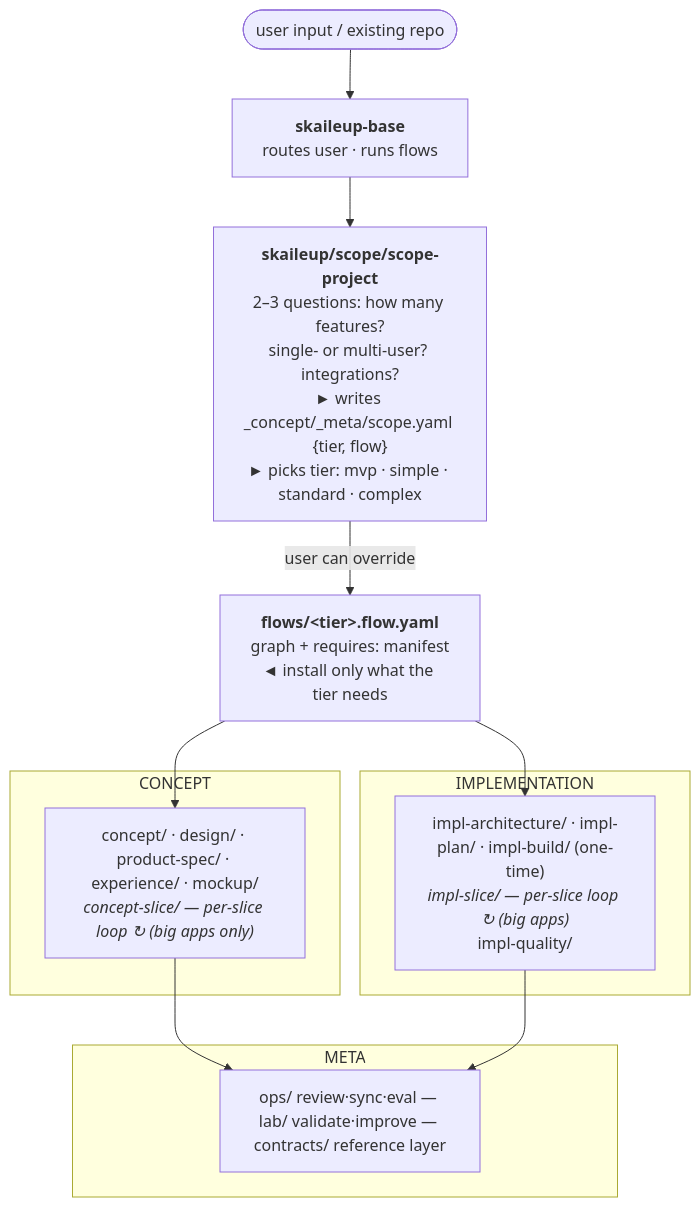
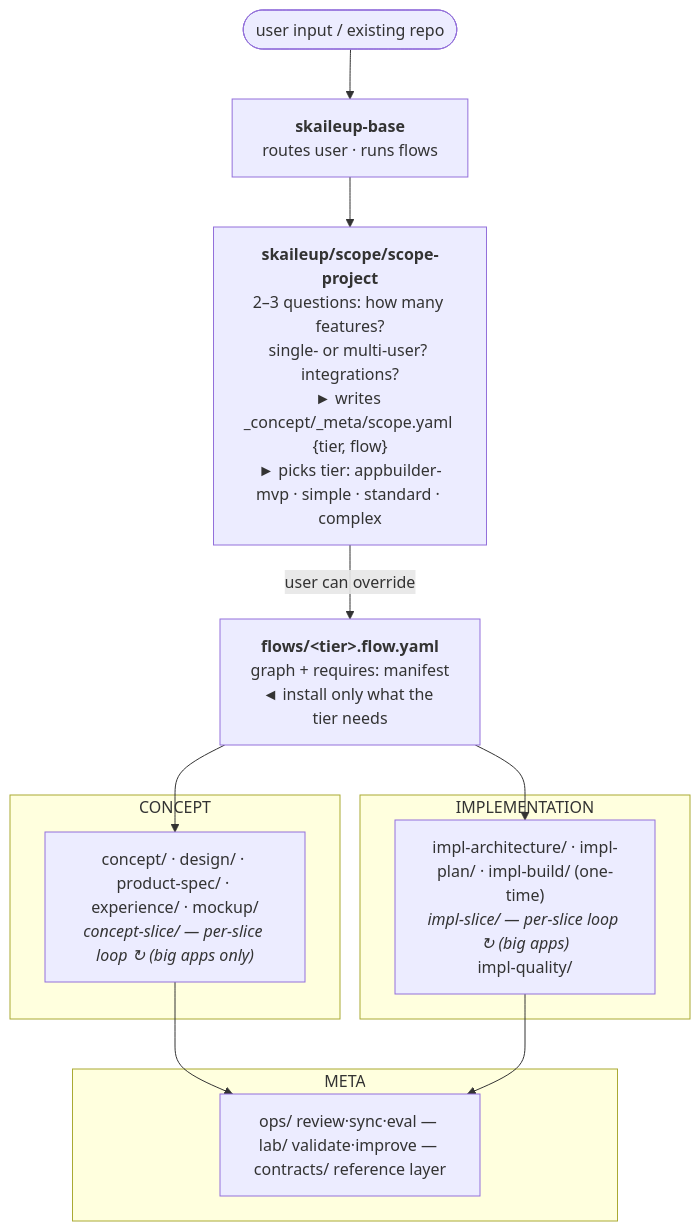
Before and after one commit to skaile-ai/ai-assets-skaileup: the first of 2 diagrams in docs/src/content/docs/intro/mental-model.mdx, drawn with Mermaid. The commit also changed other lines of this file and 111 other files, not shown here.

First line of the commit message:
feat(flows): add impl-only flows + rename tiers to appbuilder-*

````diff
--- a/docs/src/content/docs/intro/mental-model.mdx
+++ b/docs/src/content/docs/intro/mental-model.mdx
@@ -14,29 +14,29 @@
 ```mermaid
 flowchart TD
   input([user input / existing repo]) --> base
 
   base["<b>skaileup-base</b><br/>routes user · runs flows"]
   base --> scope
 
-  scope["<b>skaileup/scope/scope-project</b><br/>2–3 questions: how many features?<br/>single- or multi-user? integrations?<br/>► writes _concept/_meta/scope.yaml {tier, flow}<br/>► picks tier: mvp · simple · standard · complex"]
+  scope["<b>skaileup/scope/scope-project</b><br/>2–3 questions: how many features?<br/>single- or multi-user? integrations?<br/>► writes _concept/_meta/scope.yaml {tier, flow}<br/>► picks tier: appbuilder-mvp · simple · standard · complex"]
   scope -->|user can override| flow
 
   flow["<b>flows/&lt;tier&gt;.flow.yaml</b><br/>graph + requires: manifest<br/>◄ install only what the tier needs"]
   flow --> concept
   flow --> impl
 
   subgraph CONCEPT
     concept["concept/ · design/ · product-spec/ · experience/ · mockup/<br/><i>concept-slice/ — per-slice loop ↻ (big apps only)</i>"]
   end
 
   subgraph IMPLEMENTATION
     impl["impl-architecture/ · impl-plan/ · impl-build/ (one-time)<br/><i>impl-slice/ — per-slice loop ↻ (big apps)</i><br/>impl-quality/"]
   end
 
   concept --> meta
   impl --> meta
 
   subgraph META
     meta["ops/ review·sync·eval — lab/ validate·improve — contracts/ reference layer"]
   end
 ```
````
